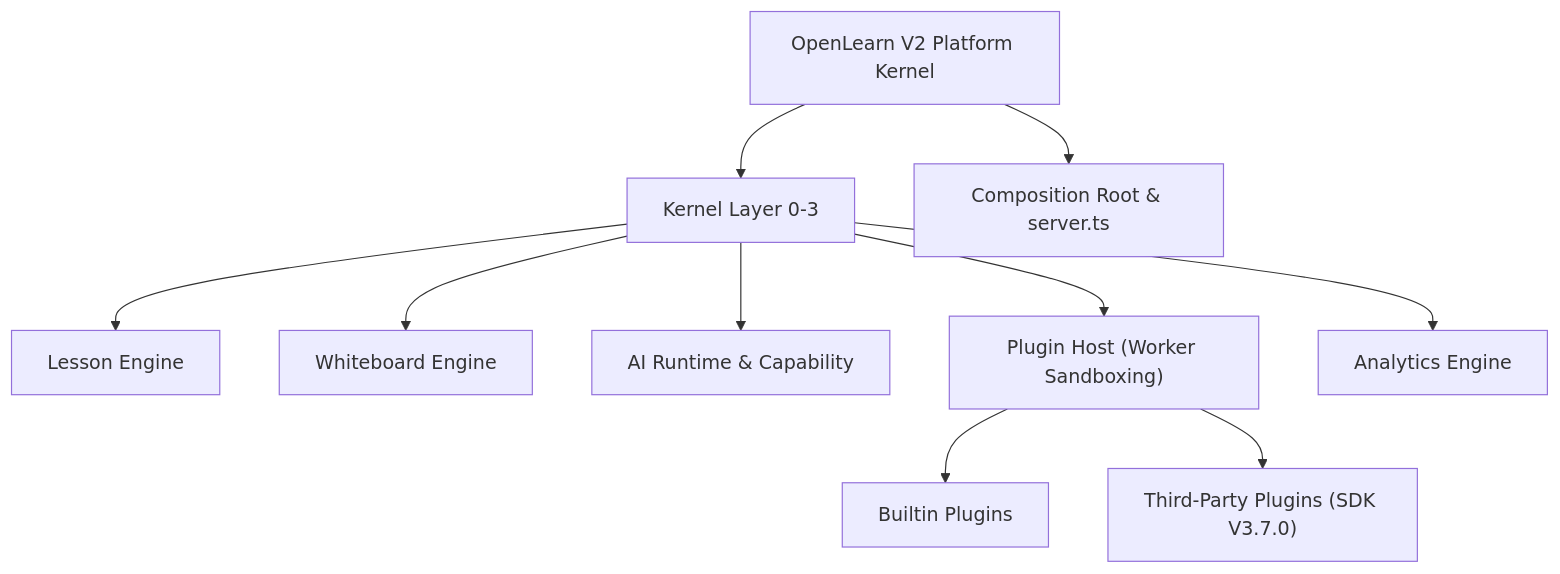
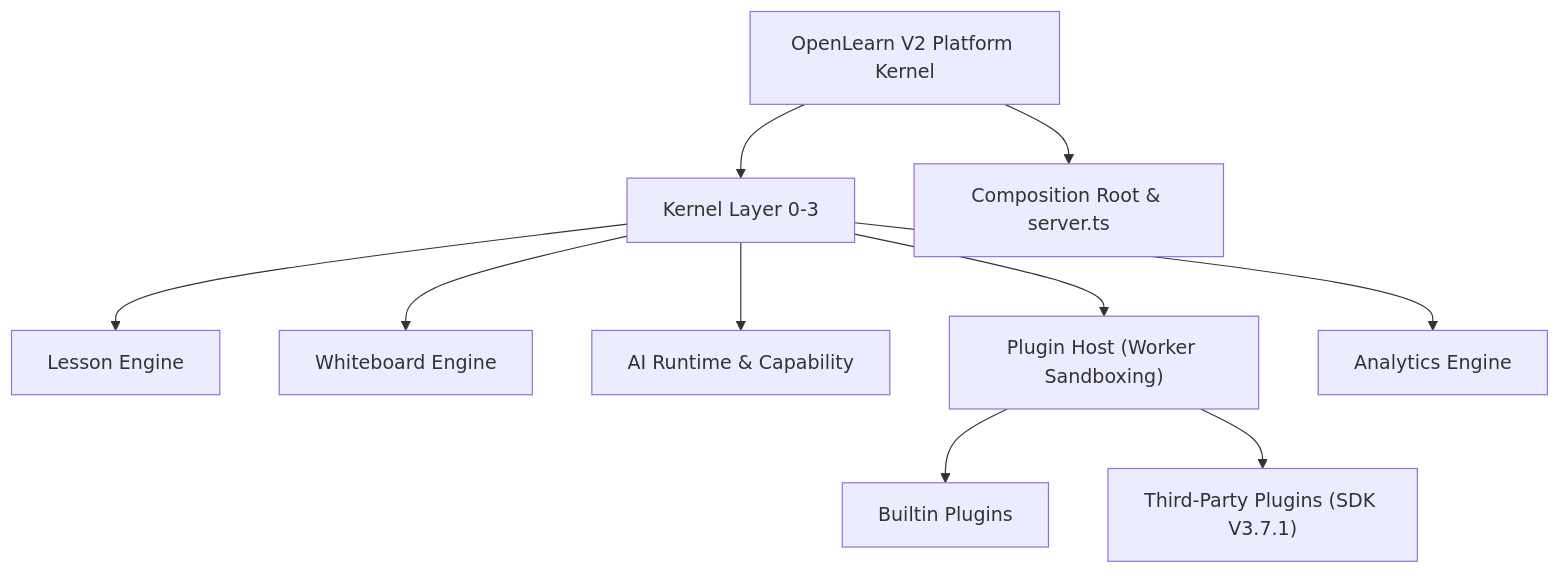
The diagram in docs/getting-started/overview.md (aymwoo/OpenLearn-Next-V2), drawn with Mermaid before and after one commit. The commit also changed 34 other files, not shown here.

````diff
--- a/docs/getting-started/overview.md
+++ b/docs/getting-started/overview.md
@@ -65,14 +65,14 @@
 ```mermaid
 graph TD
     A["OpenLearn V2 Platform Kernel"] --> B["Kernel Layer 0-3"]
     A --> C["Composition Root & server.ts"]
 
     B --> D["Lesson Engine"]
     B --> E["Whiteboard Engine"]
     B --> F["AI Runtime & Capability"]
     B --> G["Plugin Host (Worker Sandboxing)"]
     B --> H["Analytics Engine"]
 
     G --> I["Builtin Plugins"]
-    G --> J["Third-Party Plugins (SDK V3.7.0)"]
+    G --> J["Third-Party Plugins (SDK V3.7.1)"]
 ```
````
